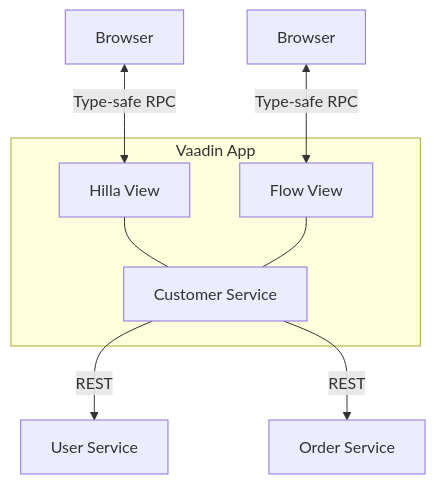
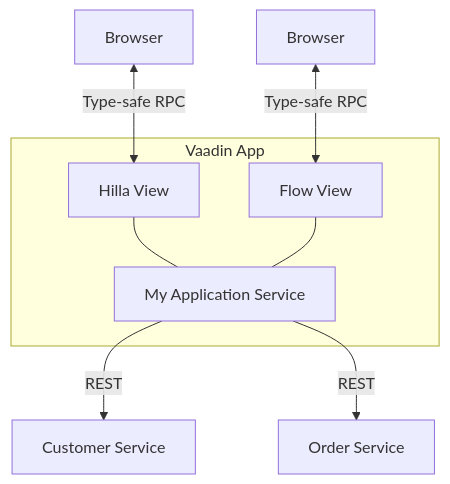
The diagram in README.md (SebastianKuehnau/vaadin-microservices), drawn with Mermaid before and after one commit.

Commit message:
update the diagram

````diff
--- a/README.md
+++ b/README.md
@@ -16,11 +16,11 @@
 ```mermaid
 graph TD
     A[Browser] <-->|Type-safe RPC| B[Hilla View]
     C[Browser] <-->|Type-safe RPC| D[Flow View]
     subgraph Vaadin App
-    B --- E[Customer Service]
-    D --- E[Customer Service]
+    B --- E[My Application Service]
+    D --- E[My Application Service]
     end
-    E --> |REST| F[User Service]
+    E --> |REST| F[Customer Service]
     E --> |REST| G[Order Service]
 ```
````
